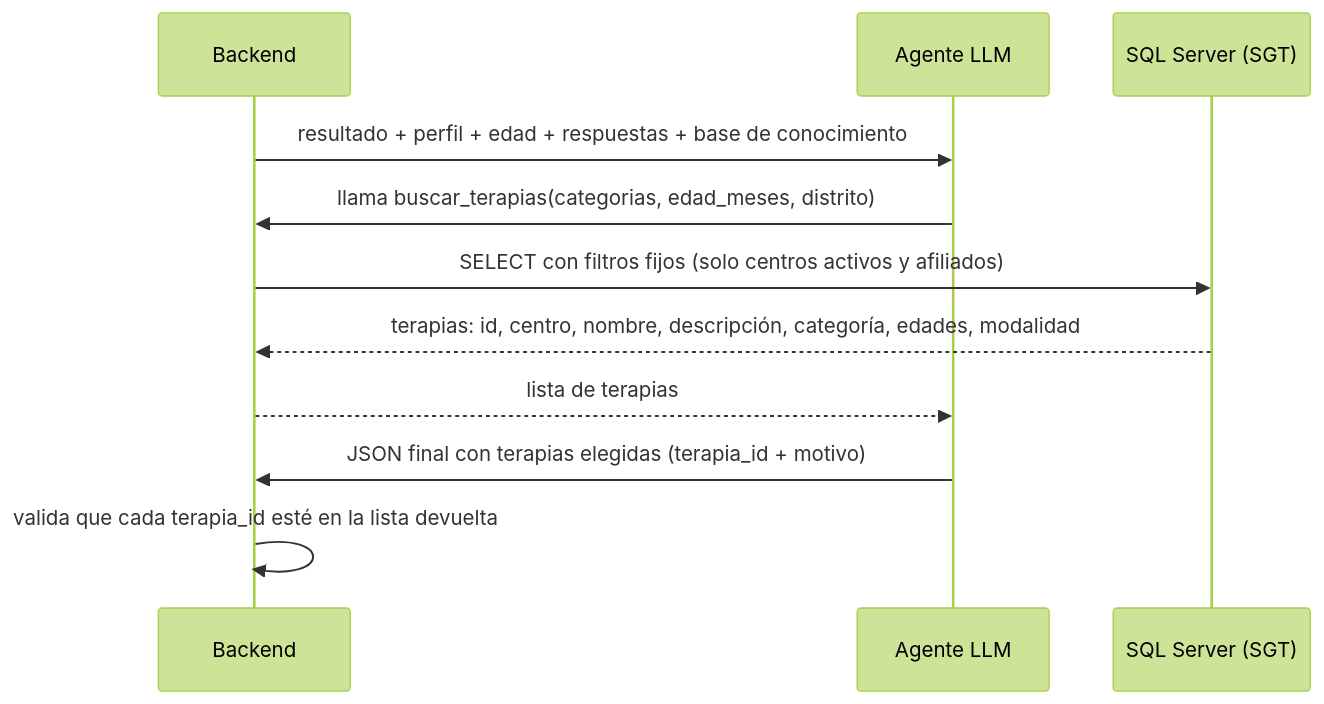
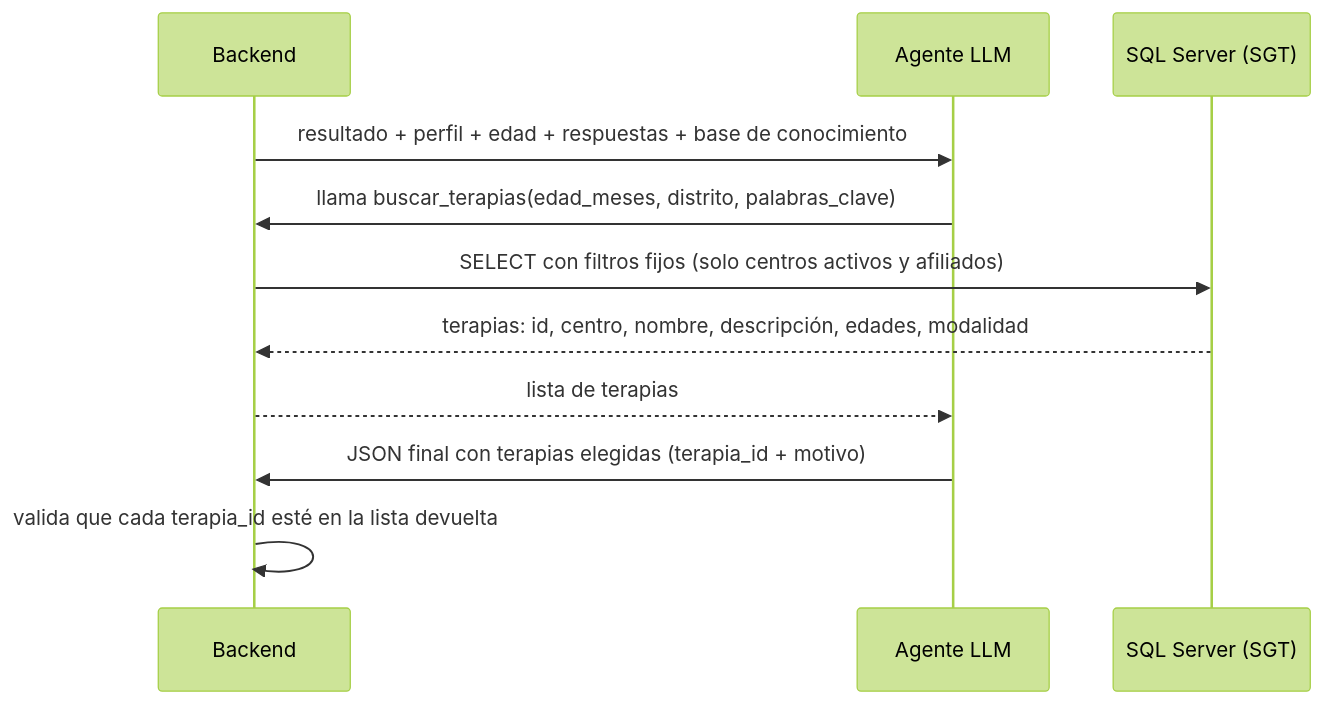
One commit to ErnestoSCL/neuroa-modelo-tamizaje changed the second of 2 diagrams in docs/consideraciones_app_tamizaje.md. Above: the diagram before and after it, drawn with Mermaid (forest theme). The commit also changed other lines of this file and 1 other file, not shown here.

First line of the commit message:
Remove therapy categories from the buscar_terapias design

````diff
--- a/docs/consideraciones_app_tamizaje.md
+++ b/docs/consideraciones_app_tamizaje.md
@@ -432,13 +432,13 @@
 ```mermaid
 sequenceDiagram
     participant API as Backend
     participant LLM as Agente LLM
     participant DB as SQL Server (SGT)
     API->>LLM: resultado + perfil + edad + respuestas + base de conocimiento
-    LLM->>API: llama buscar_terapias(categorias, edad_meses, distrito)
+    LLM->>API: llama buscar_terapias(edad_meses, distrito, palabras_clave)
     API->>DB: SELECT con filtros fijos (solo centros activos y afiliados)
-    DB-->>API: terapias: id, centro, nombre, descripción, categoría, edades, modalidad
+    DB-->>API: terapias: id, centro, nombre, descripción, edades, modalidad
     API-->>LLM: lista de terapias
     LLM->>API: JSON final con terapias elegidas (terapia_id + motivo)
     API->>API: valida que cada terapia_id esté en la lista devuelta
 ```
````
